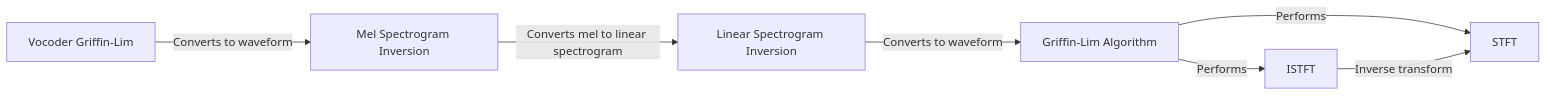
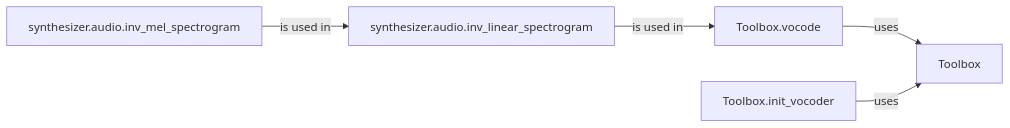
The diagram in Real-Time-Voice-Cloning/Vocoder.md (CodeBoarding/GeneratedOnBoardings), drawn with Mermaid before and after one commit. The commit also changed other lines of this file and 10 other files, not shown here.

````diff
--- a/Real-Time-Voice-Cloning/Vocoder.md
+++ b/Real-Time-Voice-Cloning/Vocoder.md
@@ -1,15 +1,12 @@
 ```mermaid
 graph LR
-    STFT["STFT"]
-    ISTFT["ISTFT"]
-    Griffin_Lim_Algorithm["Griffin-Lim Algorithm"]
-    Linear_Spectrogram_Inversion["Linear Spectrogram Inversion"]
-    Mel_Spectrogram_Inversion["Mel Spectrogram Inversion"]
-    Vocoder_Griffin_Lim["Vocoder Griffin-Lim"]
-    Griffin_Lim_Algorithm -- "Performs" --> STFT
-    Griffin_Lim_Algorithm -- "Performs" --> ISTFT
-    Linear_Spectrogram_Inversion -- "Converts to waveform" --> Griffin_Lim_Algorithm
-    Mel_Spectrogram_Inversion -- "Converts mel to linear spectrogram" --> Linear_Spectrogram_Inversion
-    Vocoder_Griffin_Lim -- "Converts to waveform" --> Mel_Spectrogram_Inversion
-    ISTFT -- "Inverse transform" --> STFT
+    Toolbox["Toolbox"]
+    Toolbox_vocode["Toolbox.vocode"]
+    Toolbox_init_vocoder["Toolbox.init_vocoder"]
+    synthesizer_audio_inv_linear_spectrogram["synthesizer.audio.inv_linear_spectrogram"]
+    synthesizer_audio_inv_mel_spectrogram["synthesizer.audio.inv_mel_spectrogram"]
+    Toolbox_vocode -- "uses" --> Toolbox
+    Toolbox_init_vocoder -- "uses" --> Toolbox
+    synthesizer_audio_inv_linear_spectrogram -- "is used in" --> Toolbox_vocode
+    synthesizer_audio_inv_mel_spectrogram -- "is used in" --> synthesizer_audio_inv_linear_spectrogram
 ```
````
